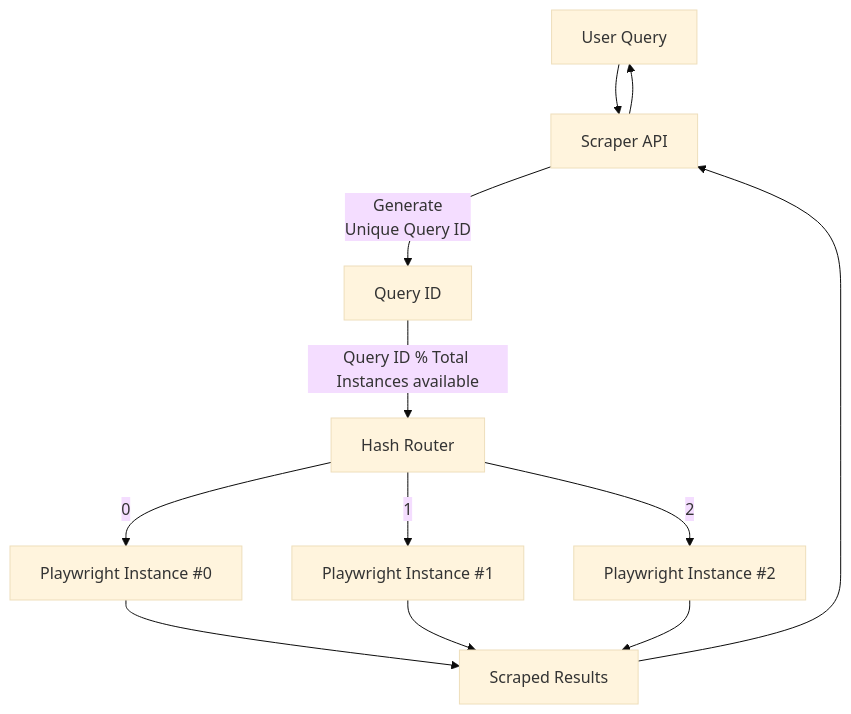
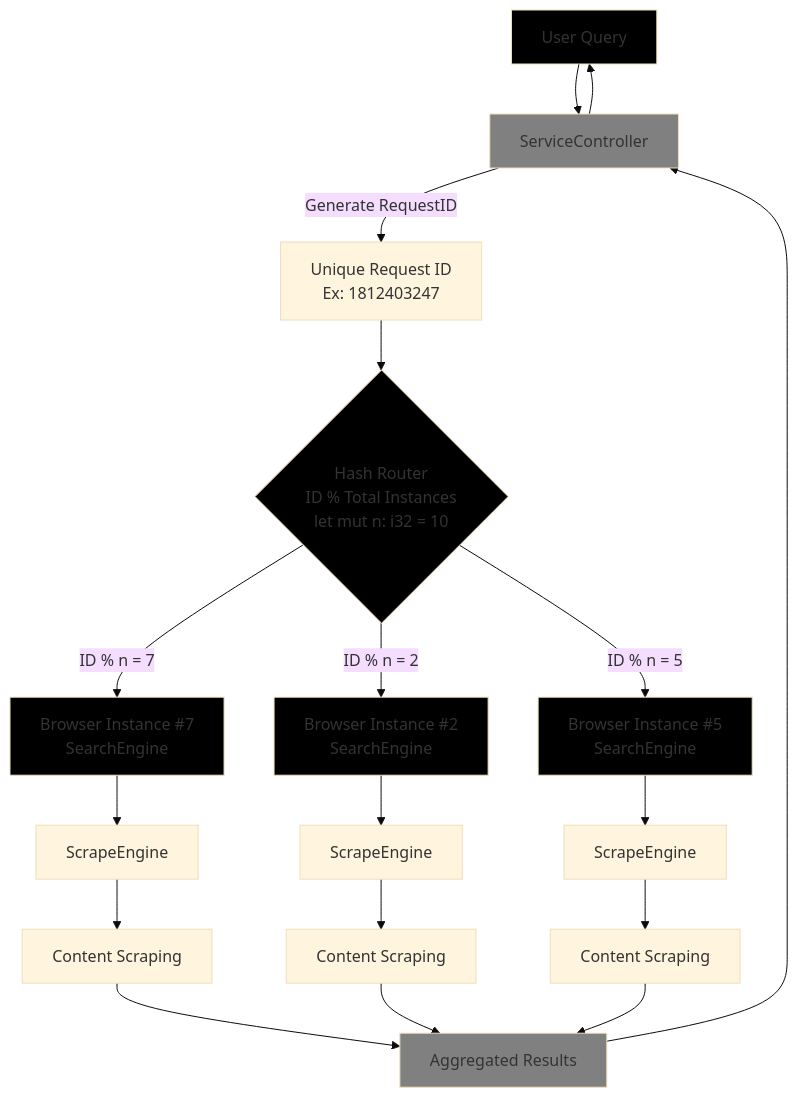
The first of 2 diagrams in README.md (ronakgh97/web-MCP), drawn with Mermaid (base theme) before and after one commit. The commit also changed other lines of this file and 6 other files, not shown here.

````diff
--- a/README.md
+++ b/README.md
@@ -18,17 +20,34 @@
 ```mermaid
 flowchart TD
-    User[User Query] --> API[Scraper API]
-API -->|Generate\n Unique Query ID| UID[Query ID]
-UID -->|Query ID % Total Instances available | Router[Hash Router]
+    User[User Query] --> API[ServiceController]
+API -->|Generate RequestID| UID[Unique Request ID<br/>Ex: 1812403247]
 
-Router -->|0| P0[Playwright Instance #0]
-Router -->|1| P1[Playwright Instance #1]
-Router -->|2| P2[Playwright Instance #2]
+UID --> Router{Hash Router<br/>ID % Total Instances<br/>let mut n: i32 = 10}
 
-P0 --> Result[Scraped Results]
-P1 --> Result
-P2 --> Result
+Router -->|ID % n = 7| P7[Browser Instance #7<br/>SearchEngine]
+Router -->|ID % n = 2| P2[Browser Instance #2<br/>SearchEngine]
+Router -->|ID % n = 5| P5[Browser Instance #5<br/>SearchEngine]
+
+P7 --> Search7[ScrapeEngine]
+P2 --> Search2[ScrapeEngine]
+P5 --> Search5[ScrapeEngine]
+
+Search7 --> Scrape7[Content Scraping]
+Search2 --> Scrape2[Content Scraping]
+Search5 --> Scrape5[Content Scraping]
+
+Scrape7 --> Result[Aggregated Results]
+Scrape2 --> Result[Aggregated Results]
+Scrape5 --> Result[Aggregated Results]
 
 Result --> API --> User
 
+style User fill:black
+style API fill:grey
+style Router fill:black
+style P7 fill:black
+style P2 fill:black
+style P5 fill:black
+style Result fill:grey
+
 ```
````
